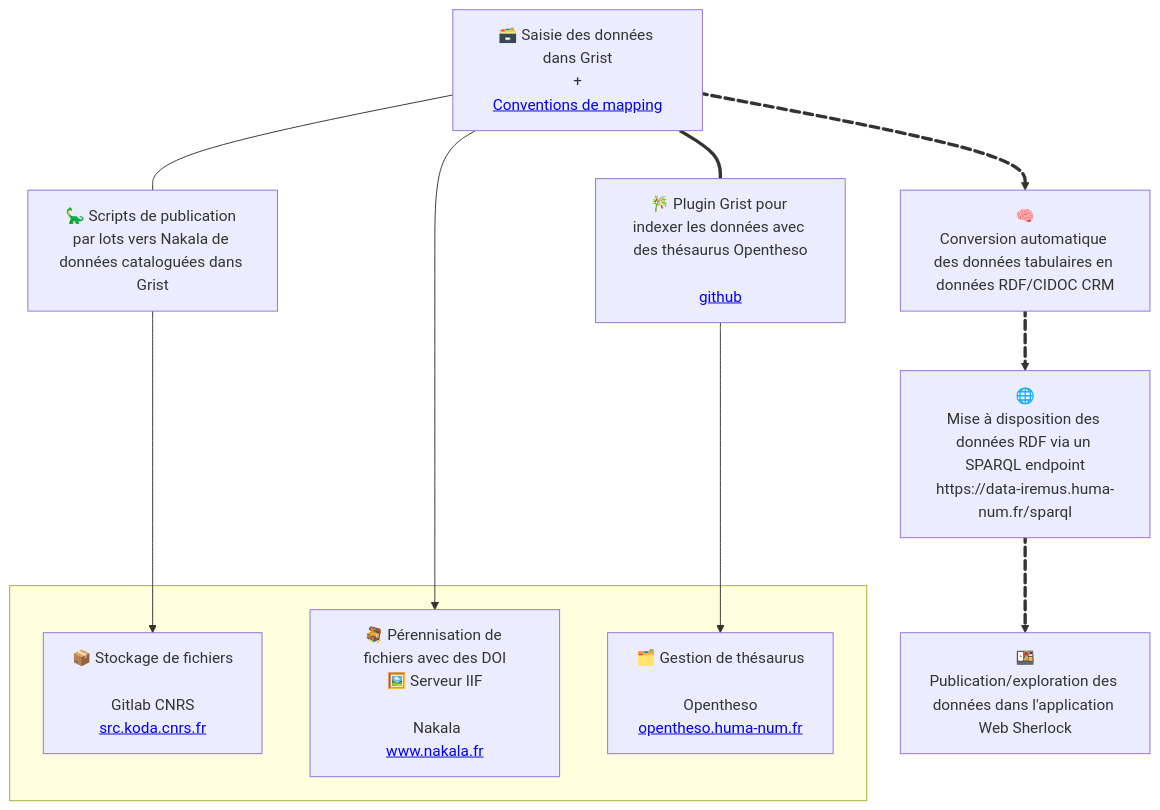
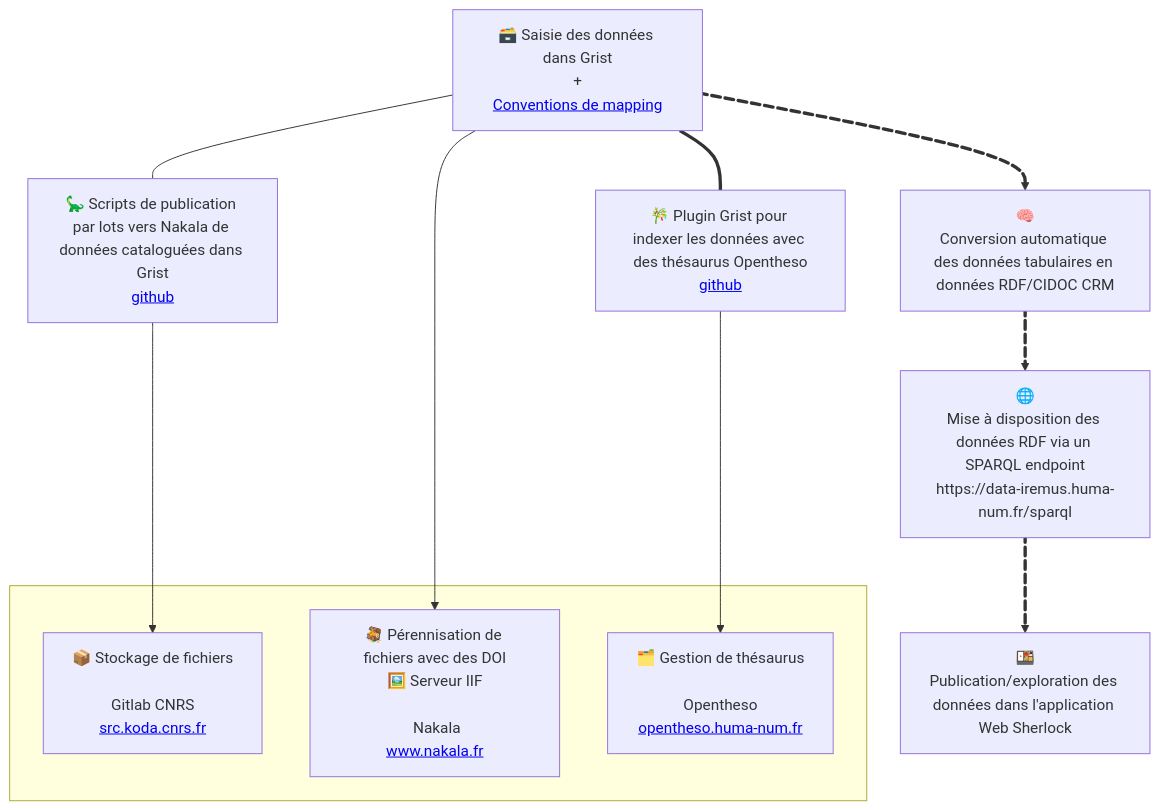
The diagram in README.md (sherlock-iremus/sherlock), drawn with Mermaid before and after one commit.

````diff
--- a/README.md
+++ b/README.md
@@ -48,29 +48,29 @@
 ```mermaid
     flowchart TB
     
     subgraph  
     koda[📦 Stockage de fichiers<br><br>Gitlab CNRS<br><a href="https://src.koda.cnrs.fr/">src.koda.cnrs.fr</a>]
     nakala[🪎 Pérennisation de fichiers avec des DOI<br>🖼️ Serveur IIF<br><br> Nakala<br><a href="https://www.nakala.fr/">www.nakala.fr</a>]
     hnot[🗂️ Gestion de thésaurus<br><br>Opentheso<br><a href="https://opentheso.huma-num.fr/">opentheso.huma-num.fr</a>]
     end
     
     grist[🗃️ Saisie des données dans Grist<br>+<br><a href="https://github.com/sherlock-iremus/sherlock-grist-to-crm/blob/main/doc/mapping.md">Conventions de mapping</a>]
     scripts[🧠<br>Conversion automatique des données tabulaires en données RDF/CIDOC CRM]
     sparql[🌐<br>Mise à disposition des données RDF via un SPARQL endpoint<br>https://data-iremus.huma-num.fr/sparql]
     sherlock[🍱<br>Publication/exploration des données dans l'application Web Sherlock]
-    gop[🎋 Plugin Grist pour indexer les données avec des thésaurus Opentheso<br><br><a href="https://github.com/sherlock-iremus/sherlock-grist-opentheso-plugin">github</a>]
-    sdnakala[🦕 Scripts de publication par lots vers Nakala de données cataloguées dans Grist]
+    gop[🎋 Plugin Grist pour indexer les données avec des thésaurus Opentheso<br><a href="https://github.com/sherlock-iremus/sherlock-grist-opentheso-plugin">github</a>]
+    sdnakala[🦕 Scripts de publication par lots vers Nakala de données cataloguées dans Grist<br><a href="https://github.com/sherlock-iremus/sherlock-deno">github</a>]
 
     grist e1@==> scripts
     scripts e2@==> sparql
     sparql e3@==> sherlock
 
 
 e1@{ animate: true }
     e2@{ animate: true }
     e3@{ animate: true }
     
     grist --- sdnakala--->koda
     grist===gop--->hnot
     grist--->nakala
 ```
````
